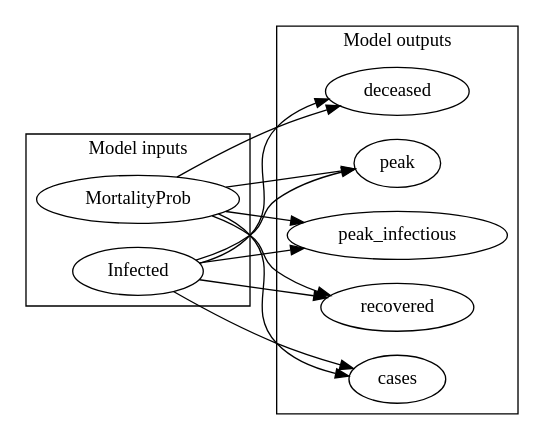
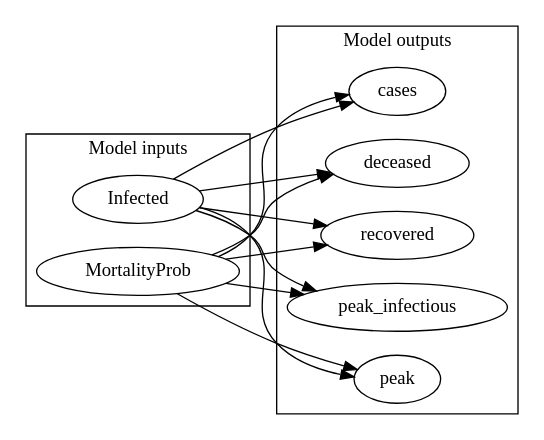
One commit to CITCOM-project/causcumber changed the diagram in scenarios/influenza1918/dags/influenza1918_abstract.dot. Above: the diagram before and after it, drawn with Graphviz. The commit also changed other lines of this file and 3 other files, not shown here.

```diff
--- a/scenarios/influenza1918/dags/influenza1918_abstract.dot
+++ b/scenarios/influenza1918/dags/influenza1918_abstract.dot
@@ -1,28 +1,28 @@
 digraph "" {
 	graph [newrank=True,
 		rankdir=LR
 	];
+	subgraph cluster_inputs {
+		graph [label="Model inputs"];
+		Infected;
+		MortalityProb;
+	}
 	subgraph cluster_outputs {
 		graph [label="Model outputs"];
+		peak_infectious;
+		peak;
 		cases;
 		deceased;
-		peak;
-		peak_infectious;
 		recovered;
 	}
-	subgraph cluster_inputs {
-		graph [label="Model inputs"];
-		MortalityProb;
-		Infected;
-	}
+	Infected -> peak_infectious;
+	Infected -> peak;
+	Infected -> cases;
+	Infected -> deceased;
+	Infected -> recovered;
+	MortalityProb -> peak_infectious;
+	MortalityProb -> peak;
 	MortalityProb -> cases;
 	MortalityProb -> deceased;
-	MortalityProb -> peak;
-	MortalityProb -> peak_infectious;
 	MortalityProb -> recovered;
-	Infected -> cases;
-	Infected -> deceased;
-	Infected -> peak;
-	Infected -> peak_infectious;
-	Infected -> recovered;
 }
```
